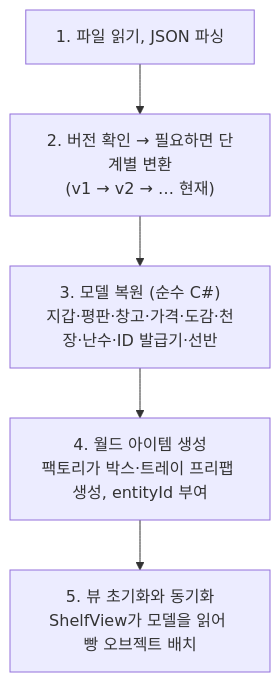
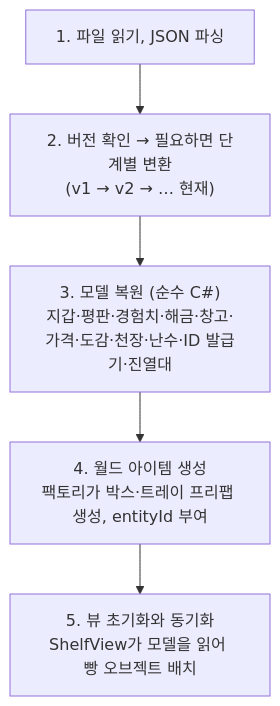
The diagram in docs/design/06-save.md (SeanKim0719/bakery-shop-simulator), drawn with Mermaid before and after one commit. The commit also changed other lines of this file and 43 other files, not shown here.

````diff
--- a/docs/design/06-save.md
+++ b/docs/design/06-save.md
@@ -62,7 +88,7 @@
 ```mermaid
 flowchart TB
     Read["1. 파일 읽기, JSON 파싱"] --> Migrate["2. 버전 확인 → 필요하면 단계별 변환<br/>(v1 → v2 → … 현재)"]
-    Migrate --> Models["3. 모델 복원 (순수 C#)<br/>지갑·평판·창고·가격·도감·천장·난수·ID 발급기·선반"]
+    Migrate --> Models["3. 모델 복원 (순수 C#)<br/>지갑·평판·경험치·해금·창고·가격·도감·천장·난수·ID 발급기·진열대"]
     Models --> World["4. 월드 아이템 생성<br/>팩토리가 박스·트레이 프리팹 생성, entityId 부여"]
     World --> Views["5. 뷰 초기화와 동기화<br/>ShelfView가 모델을 읽어 빵 오브젝트 배치"]
 ```
````
